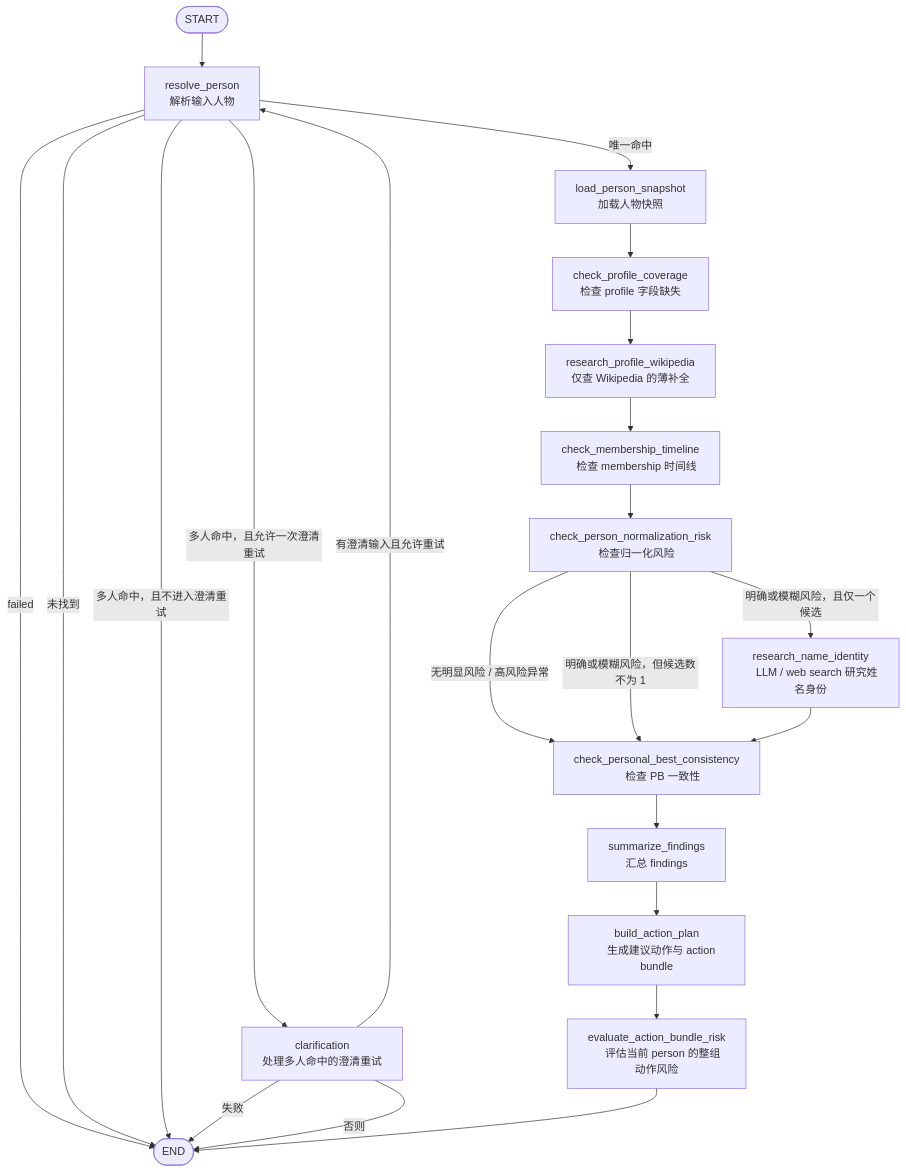
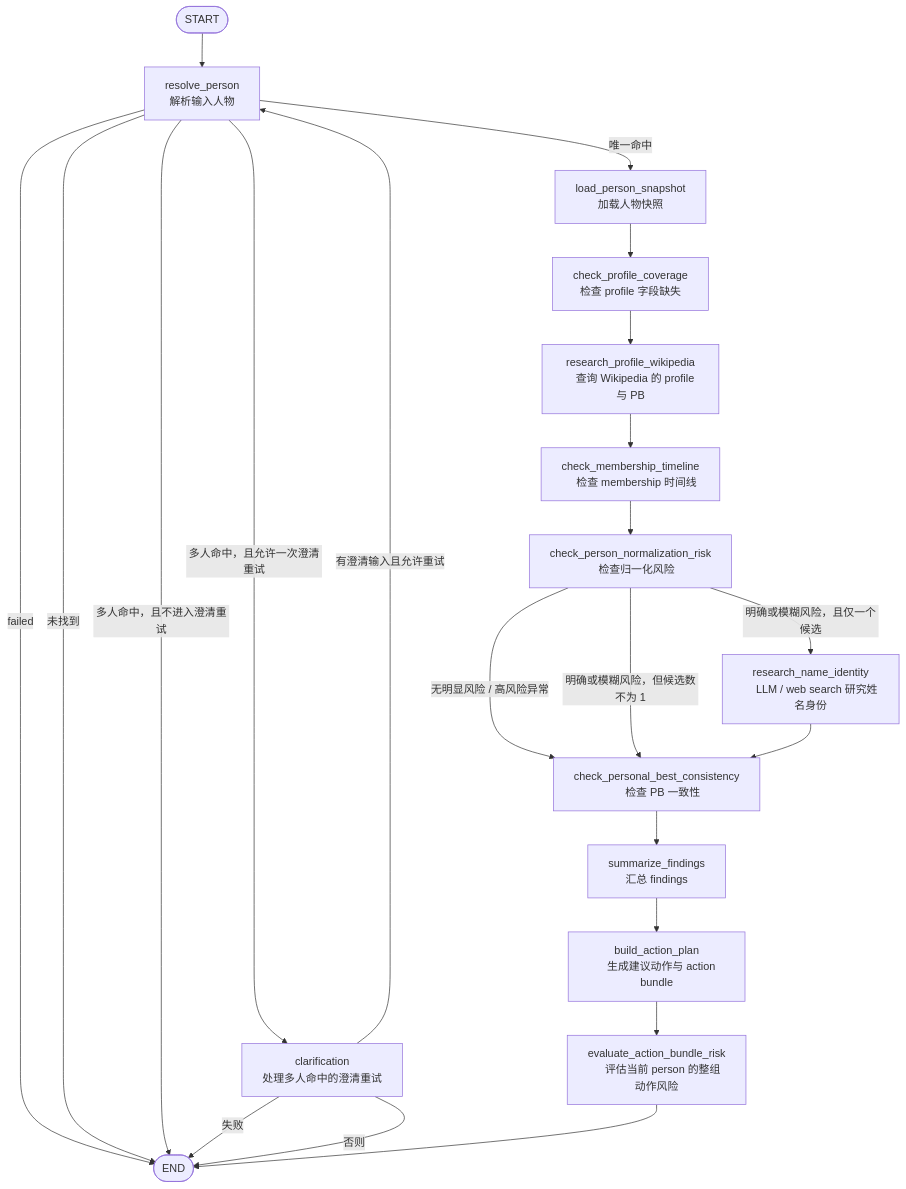
One commit to gelatoni-xh/personal-site changed the first of 3 diagrams in content/articles/2026-08-11-tasuki-keifu-agent-Graph结构图.md. Above: the diagram before and after it, drawn with Mermaid. The commit also changed other lines of this file and 3 other files, not shown here.

````diff
--- a/content/articles/2026-08-11-tasuki-keifu-agent-Graph结构图.md
+++ b/content/articles/2026-08-11-tasuki-keifu-agent-Graph结构图.md
@@ -33,39 +33,39 @@
 ```mermaid
 flowchart TD
     START([START]) --> RESOLVE["resolve_person
     解析输入人物"]
 
     RESOLVE -->|failed| END([END])
     RESOLVE -->|未找到| END
     RESOLVE -->|多人命中，且不进入澄清重试| END
     RESOLVE -->|多人命中，且允许一次澄清重试| CLARIFY["clarification
     处理多人命中的澄清重试"]
     RESOLVE -->|唯一命中| SNAPSHOT["load_person_snapshot
     加载人物快照"]
 
     CLARIFY -->|失败| END
     CLARIFY -->|有澄清输入且允许重试| RESOLVE
     CLARIFY -->|否则| END
 
     SNAPSHOT --> PROFILE["check_profile_coverage
     检查 profile 字段缺失"]
     PROFILE --> PROFILE_WIKI["research_profile_wikipedia
-    仅查 Wikipedia 的薄补全"]
+    查询 Wikipedia 的 profile 与 PB"]
     PROFILE_WIKI --> MEMBERSHIP["check_membership_timeline
     检查 membership 时间线"]
     MEMBERSHIP --> NORMALIZATION["check_person_normalization_risk
     检查归一化风险"]
     NORMALIZATION -->|无明显风险 / 高风险异常| PB["check_personal_best_consistency
     检查 PB 一致性"]
     NORMALIZATION -->|明确或模糊风险，且仅一个候选| RESEARCH["research_name_identity
     LLM / web search 研究姓名身份"]
     NORMALIZATION -->|明确或模糊风险，但候选数不为 1| PB
     RESEARCH --> PB
     PB --> SUMMARY["summarize_findings
     汇总 findings"]
     SUMMARY --> ACTION["build_action_plan
     生成建议动作与 action bundle"]
     ACTION --> RISK["evaluate_action_bundle_risk
     评估当前 person 的整组动作风险"]
     RISK --> END
 ```
````
